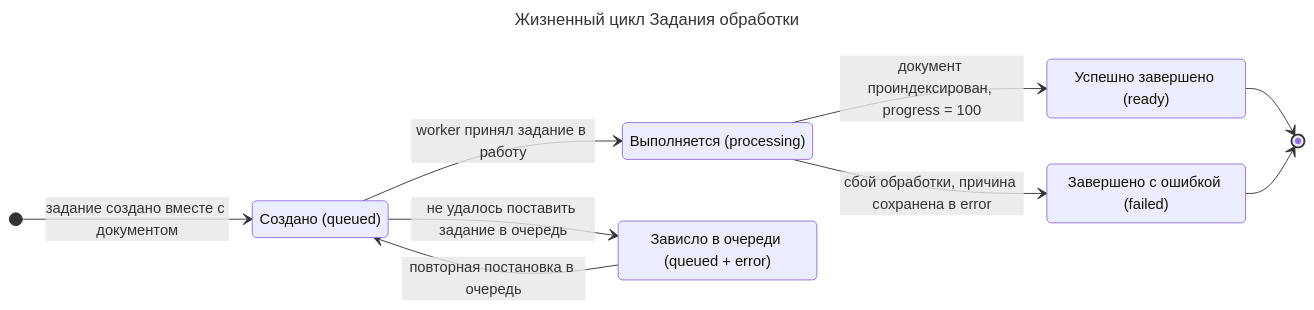
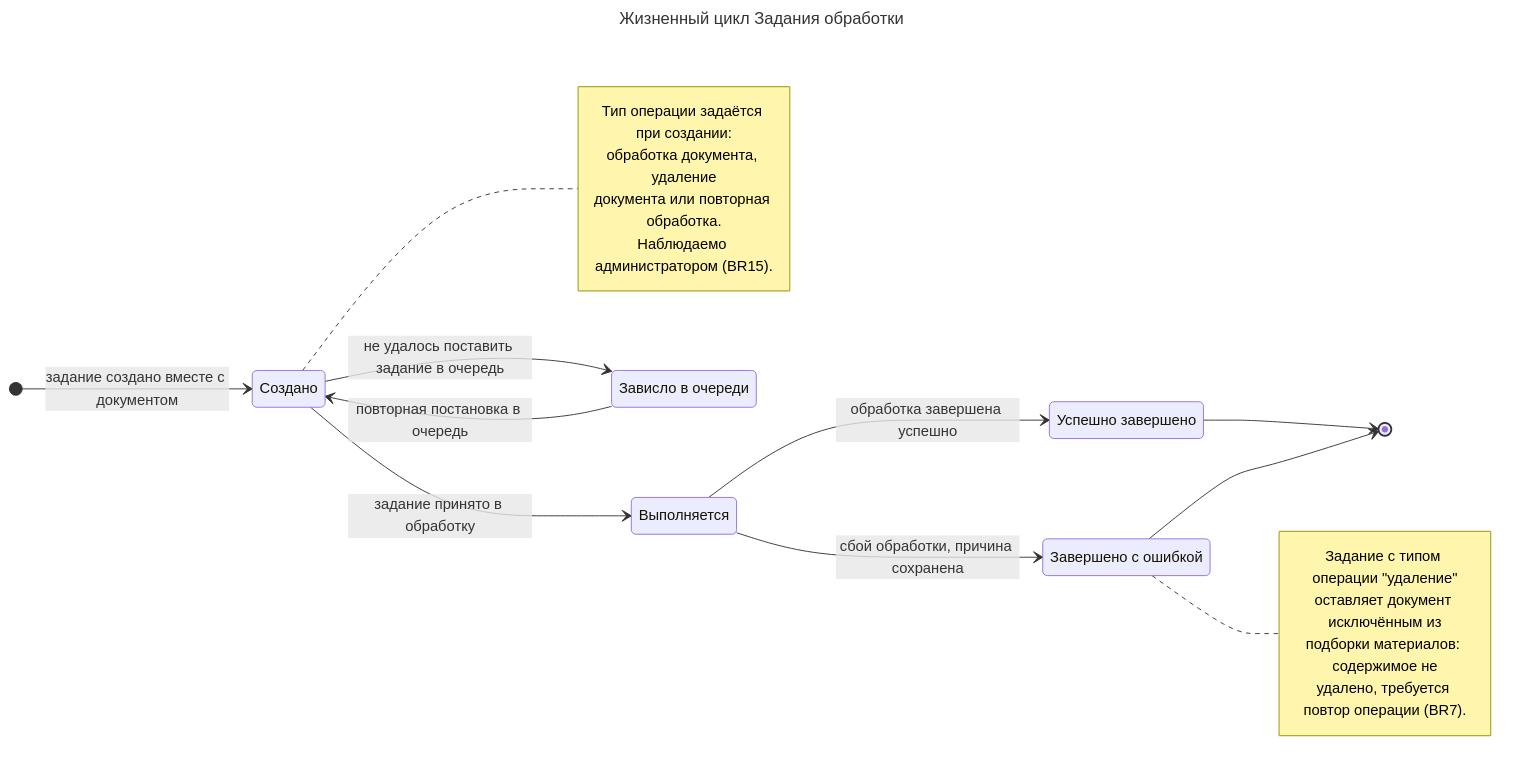
The diagram in 2-task/7/diagrams/job-state.mmd (adsfryt/AI-chat-knowledge-bot), drawn with Mermaid before and after one commit. The commit also changed 6 other files, not shown here.

First line of the commit message:
Задание 7: диаграммы состояний приведены в соответствие с диаграммами деятельности

```diff
--- a/2-task/7/diagrams/job-state.mmd
+++ b/2-task/7/diagrams/job-state.mmd
@@ -1,24 +1,38 @@
 ---
 title: Жизненный цикл Задания обработки
 ---
 stateDiagram-v2
     direction LR
 
-    state "Создано (queued)" as Created
-    state "Выполняется (processing)" as Running
-    state "Успешно завершено (ready)" as Done
-    state "Завершено с ошибкой (failed)" as Failed
-    state "Зависло в очереди (queued + error)" as Stuck
+    state "Создано" as Created
+    state "Выполняется" as Running
+    state "Успешно завершено" as Done
+    state "Завершено с ошибкой" as Failed
+    state "Зависло в очереди" as Stuck
 
     [*] --> Created : задание создано вместе с документом
 
-    Created --> Running : worker принял задание в работу
+    Created --> Running : задание принято в обработку
     Created --> Stuck : не удалось поставить задание в очередь
 
     Stuck --> Created : повторная постановка в очередь
 
-    Running --> Done : документ проиндексирован, progress = 100
-    Running --> Failed : сбой обработки, причина сохранена в error
+    Running --> Done : обработка завершена успешно
+    Running --> Failed : сбой обработки, причина сохранена
 
     Done --> [*]
     Failed --> [*]
+
+    note right of Created
+        Тип операции задаётся при создании:
+        обработка документа, удаление
+        документа или повторная обработка.
+        Наблюдаемо администратором (BR15).
+    end note
+
+    note right of Failed
+        Задание с типом операции "удаление"
+        оставляет документ исключённым из
+        подборки материалов: содержимое не
+        удалено, требуется повтор операции (BR7).
+    end note
```
